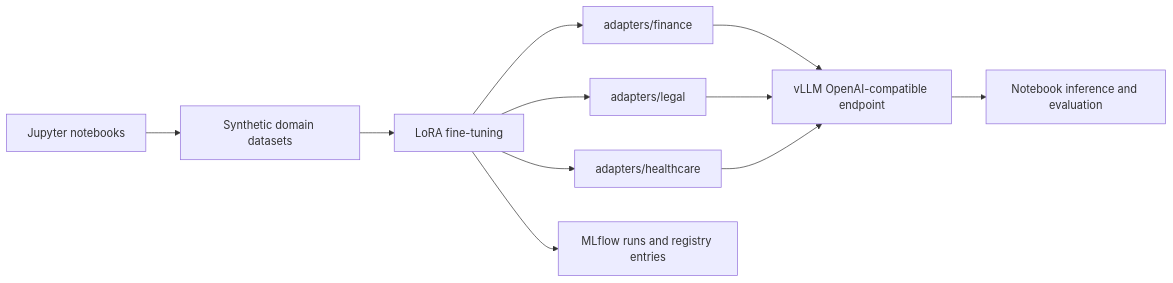
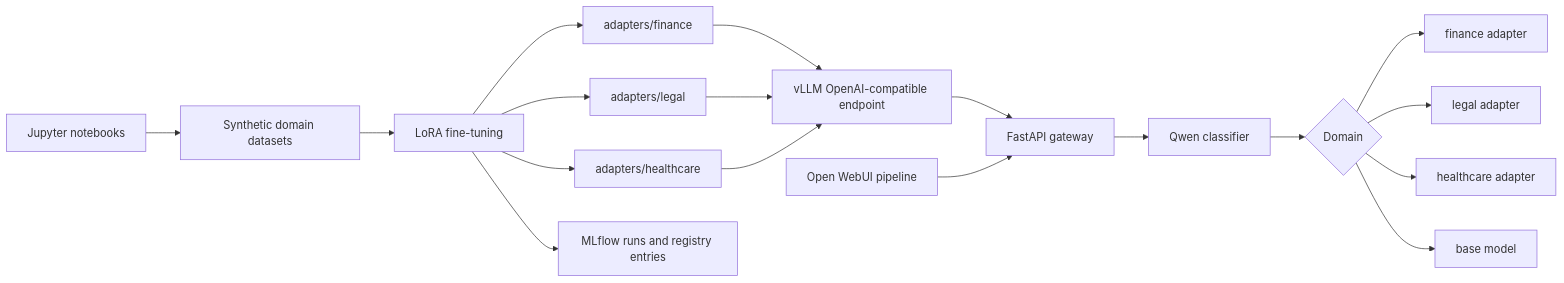
One commit to Vincent-Charbonnier/llmops-demo changed the diagram in README.md. Above: the diagram before and after it, drawn with Mermaid. The commit also changed other lines of this file and 11 other files, not shown here.

Commit message:
added classifier, gateway and openweb ui integration

````diff
--- a/README.md
+++ b/README.md
@@ -9,13 +9,20 @@
 ```mermaid
 flowchart LR
     A[Jupyter notebooks] --> B[Synthetic domain datasets]
     B --> C[LoRA fine-tuning]
     C --> D[adapters/finance]
     C --> E[adapters/legal]
     C --> F[adapters/healthcare]
     C --> G[MLflow runs and registry entries]
     D --> H[vLLM OpenAI-compatible endpoint]
     E --> H
     F --> H
-    H --> I[Notebook inference and evaluation]
+    H --> I[FastAPI gateway]
+    I --> J[Qwen classifier]
+    J --> K{Domain}
+    K --> L[finance adapter]
+    K --> M[legal adapter]
+    K --> N[healthcare adapter]
+    K --> O[base model]
+    P[Open WebUI pipeline] --> I
 ```
````
